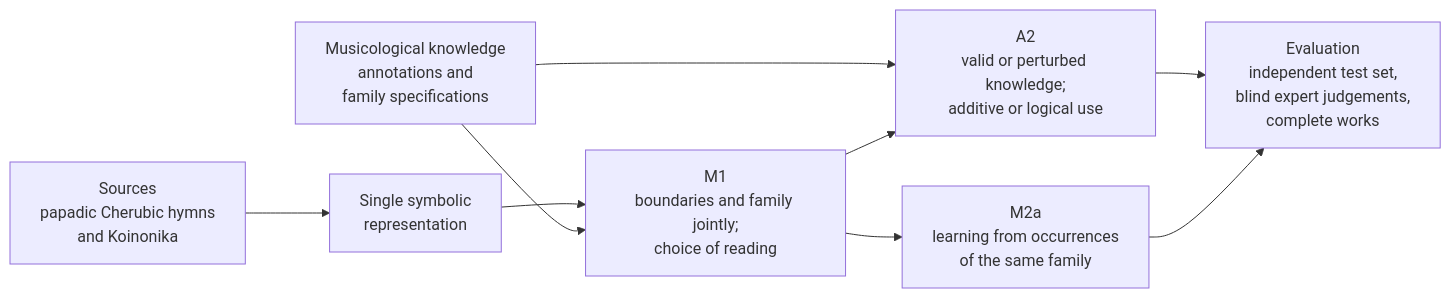
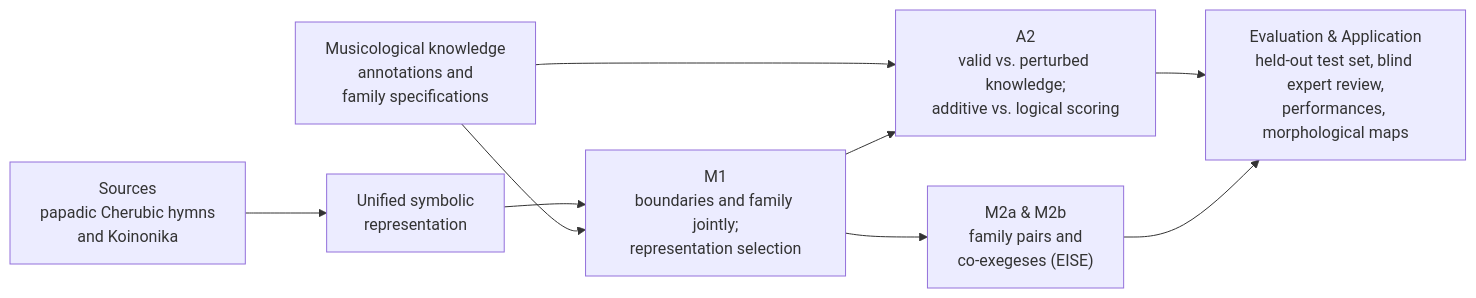
Before and after one commit to GeorgeSpy/byz-position-phd-study: the diagram in en/docs/start/research-summary.md, drawn with Mermaid. The commit also changed other lines of this file, not shown here.

````diff
--- a/en/docs/start/research-summary.md
+++ b/en/docs/start/research-summary.md
@@ -73,12 +71,12 @@
 ```mermaid
 flowchart LR
   K["Musicological knowledge<br/>annotations and<br/>family specifications"]
-  S["Sources<br/>papadic Cherubic hymns<br/>and Koinonika"] --> R["Single symbolic<br/>representation"]
-  R --> M1["M1<br/>boundaries and family jointly;<br/>choice of reading"]
+  S["Sources<br/>papadic Cherubic hymns<br/>and Koinonika"] --> R["Unified symbolic<br/>representation"]
+  R --> M1["M1<br/>boundaries and family jointly;<br/>representation selection"]
   K --> M1
   K --> A2
-  M1 --> A2["A2<br/>valid or perturbed knowledge;<br/>additive or logical use"]
-  M1 --> M2["M2a<br/>learning from occurrences<br/>of the same family"]
-  A2 --> E["Evaluation<br/>independent test set,<br/>blind expert judgements,<br/>complete works"]
+  M1 --> A2["A2<br/>valid vs. perturbed knowledge;<br/>additive vs. logical scoring"]
+  M1 --> M2["M2a & M2b<br/>family pairs and<br/>co-exegeses (EISE)"]
+  A2 --> E["Evaluation & Application<br/>held-out test set, blind expert review,<br/>performances, morphological maps"]
   M2 --> E
 ```
````
